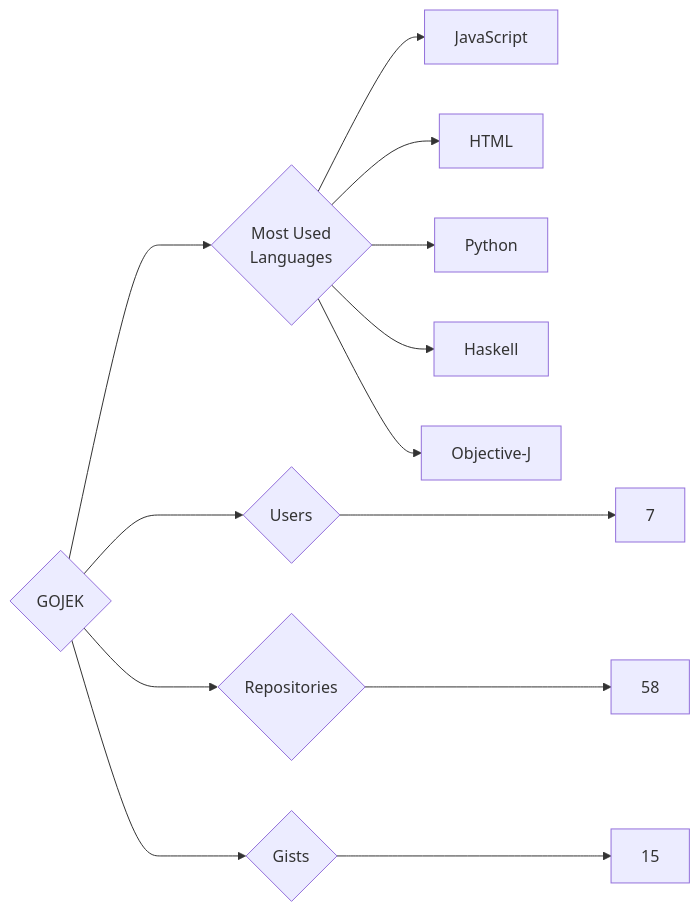
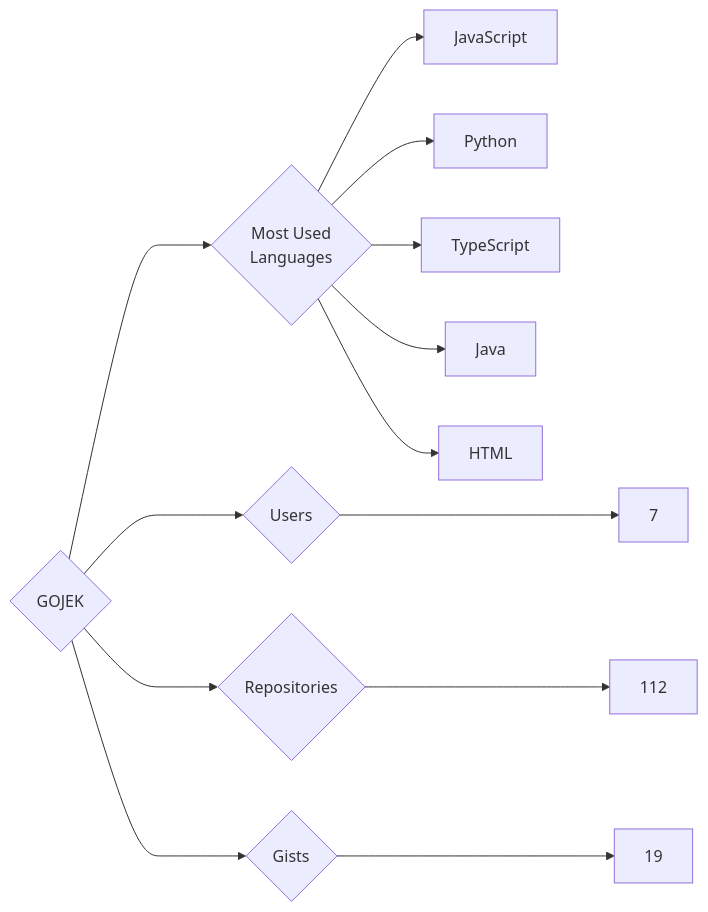
The diagram in targets/GOJEK/README.md (trickest/insiders), drawn with Mermaid before and after one commit. The commit also changed 857 other files, not shown here.

````diff
--- a/targets/GOJEK/README.md
+++ b/targets/GOJEK/README.md
@@ -3,13 +3,13 @@
 ```mermaid
 graph LR
 COMPANY_NAME{GOJEK}
 COMPANY_NAME ---> U{Users} ---> UN[7]
-COMPANY_NAME ---> R{Repositories} ---> RN[58]
-COMPANY_NAME ---> G{Gists} ---> GN[15]
+COMPANY_NAME ---> R{Repositories} ---> RN[112]
+COMPANY_NAME ---> G{Gists} ---> GN[19]
 COMPANY_NAME ---> ML{Most Used<br>Languages}
 ML --> JavaScript[JavaScript]
+ML --> Python[Python]
+ML --> TypeScript[TypeScript]
+ML --> Java[Java]
 ML --> HTML[HTML]
-ML --> Python[Python]
-ML --> Haskell[Haskell]
-ML --> Objective-J[Objective-J]
 ```
````
